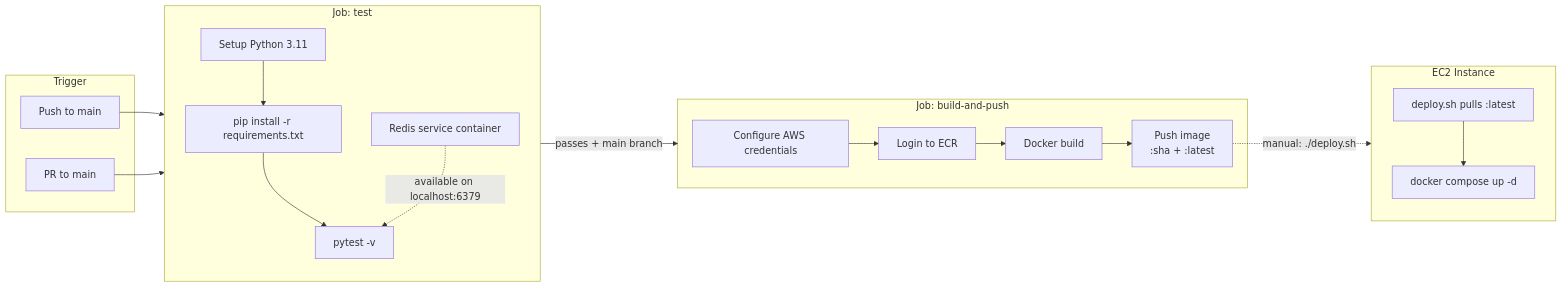
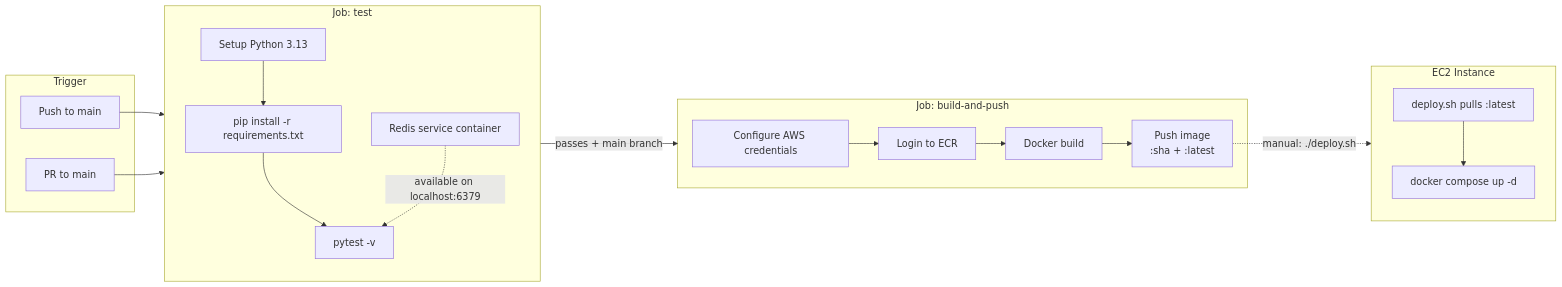
One commit to biswajeet-cray/rate-limiter changed the fifth of 5 diagrams in docs/ARCHITECTURE.md. Above: the diagram before and after it, drawn with Mermaid. The commit also changed other lines of this file, not shown here.

Commit message:
Update architecture docs

````diff
--- a/docs/ARCHITECTURE.md
+++ b/docs/ARCHITECTURE.md
@@ -189,35 +189,35 @@
 ```mermaid
 graph LR
     subgraph Trigger
         Push[Push to main]
         PR[PR to main]
     end
 
     subgraph Job1["Job: test"]
-        Setup[Setup Python 3.11]
+        Setup[Setup Python 3.13]
         Install[pip install -r requirements.txt]
         Redis2[Redis service container]
         Test[pytest -v]
         Setup --> Install --> Test
         Redis2 -.->|available on localhost:6379| Test
     end
 
     subgraph Job2["Job: build-and-push"]
         Creds[Configure AWS credentials]
         Login[Login to ECR]
         Build[Docker build]
         PushImg["Push image<br/>:sha + :latest"]
         Creds --> Login --> Build --> PushImg
     end
 
     subgraph Deploy["EC2 Instance"]
         Pull[deploy.sh pulls :latest]
         Restart[docker compose up -d]
         Pull --> Restart
     end
 
     Push --> Job1
     PR --> Job1
     Job1 -->|"passes + main branch"| Job2
     PushImg -.->|"manual: ./deploy.sh"| Deploy
 ```
````
